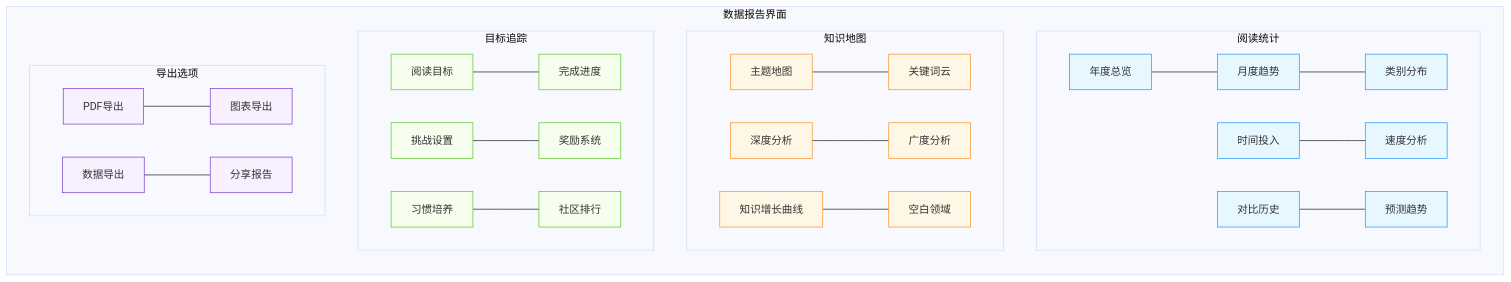
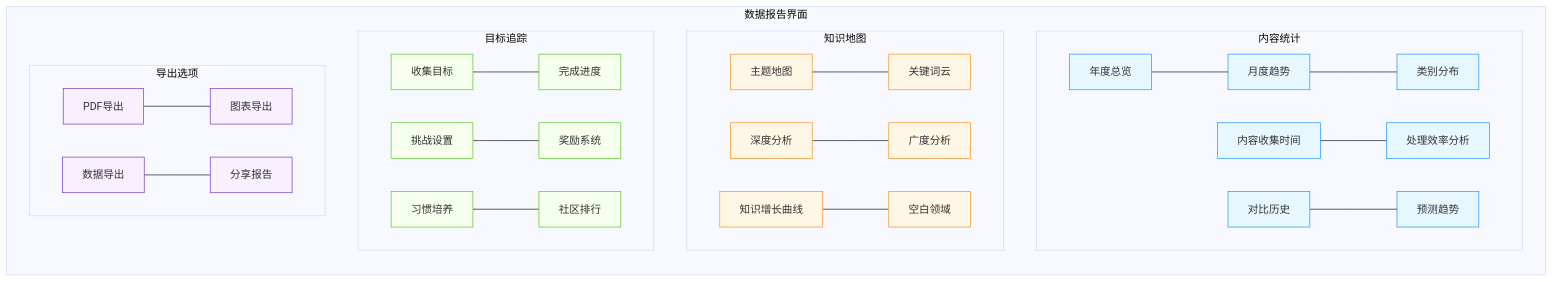
Diagram 19 of 19 in MyStartups/NextBook/README.md (EnigmaWU/MyLLM_Arena), drawn with Mermaid (base theme) before and after one commit. The commit also changed other lines of this file, not shown here.

````diff
--- a/MyStartups/NextBook/README.md
+++ b/MyStartups/NextBook/README.md
@@ -933,40 +934,40 @@
 ```mermaid
 graph LR
     subgraph "数据报告界面"
         direction TB
         
-        subgraph "阅读统计"
+        subgraph "内容统计"
             S1[年度总览] --- S2[月度趋势]
             S2 --- S3[类别分布]
-            S4[时间投入] --- S5[速度分析]
+            S4[内容收集时间] --- S5[处理效率分析]
             S6[对比历史] --- S7[预测趋势]
         end
         
         subgraph "知识地图"
             M1[主题地图] --- M2[关键词云]
             M3[深度分析] --- M4[广度分析]
             M5[知识增长曲线] --- M6[空白领域]
         end
         
         subgraph "目标追踪"
-            G1[阅读目标] --- G2[完成进度]
+            G1[收集目标] --- G2[完成进度]
             G3[挑战设置] --- G4[奖励系统]
             G5[习惯培养] --- G6[社区排行]
         end
         
         subgraph "导出选项"
             E1[PDF导出] --- E2[图表导出]
             E3[数据导出] --- E4[分享报告]
         end
     end
     
     classDef stats fill:#e6f7ff,stroke:#1890ff
     classDef map fill:#fff7e6,stroke:#fa8c16
     classDef goals fill:#f6ffed,stroke:#52c41a
     classDef export fill:#f9f0ff,stroke:#722ed1
     
     class S1,S2,S3,S4,S5,S6,S7 stats
     class M1,M2,M3,M4,M5,M6 map
     class G1,G2,G3,G4,G5,G6 goals
     class E1,E2,E3,E4 export
 ```
````
